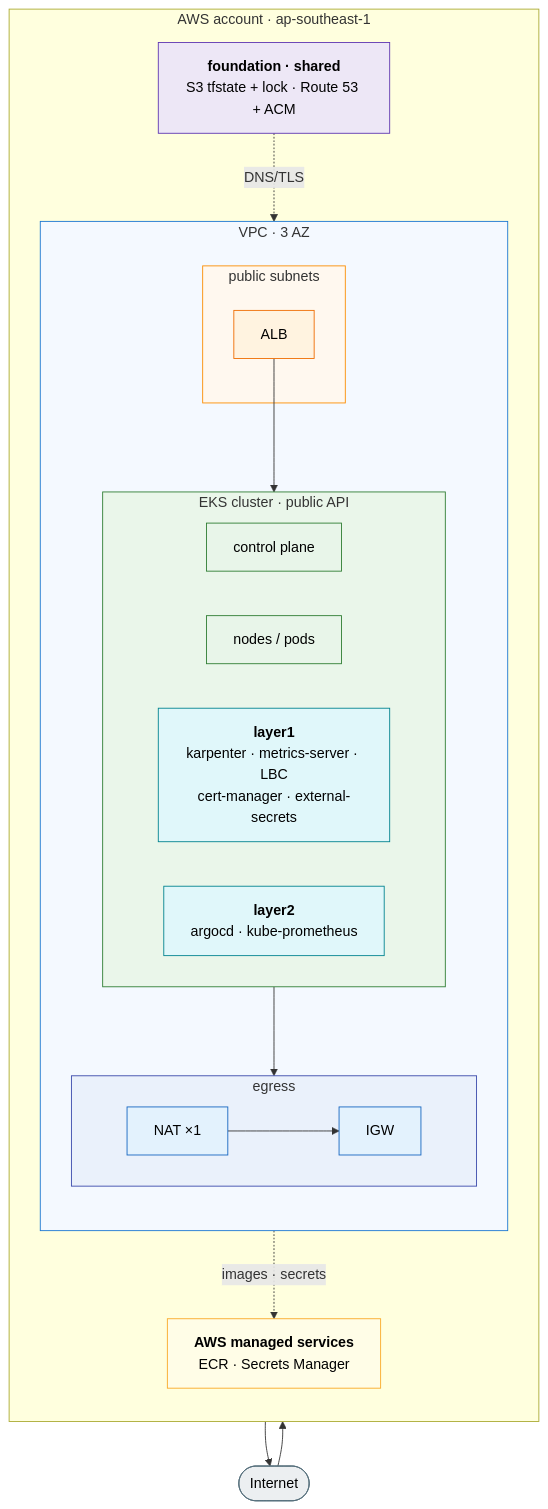
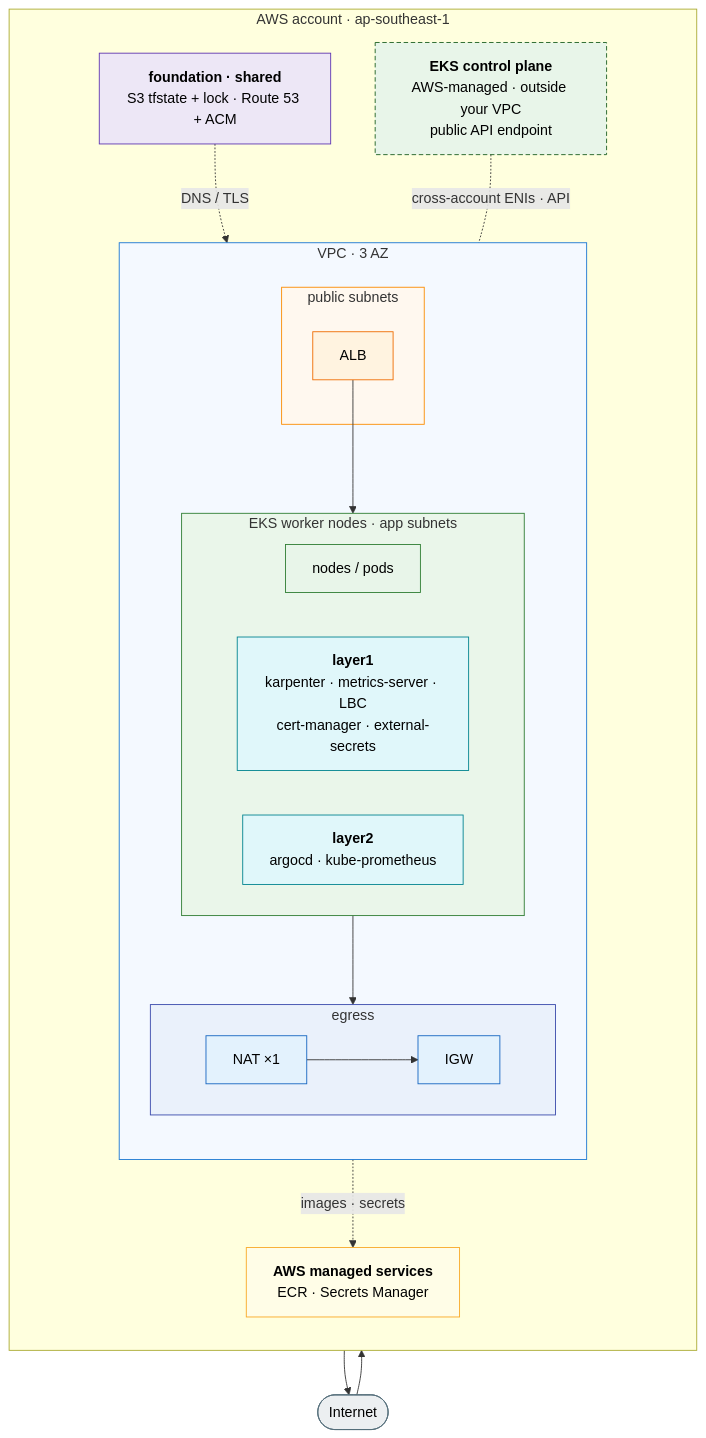
The first of 3 diagrams in eks/docs/ARCHITECTURE.md (trongnvv/aws-iac), drawn with Mermaid before and after one commit. The commit also changed other lines of this file, not shown here.

````diff
--- a/eks/docs/ARCHITECTURE.md
+++ b/eks/docs/ARCHITECTURE.md
@@ -19,43 +25,45 @@
 ```mermaid
 flowchart TB
   internet([Internet]):::ext
   subgraph acct["AWS account · ap-southeast-1"]
     direction TB
     found["<b>foundation · shared</b><br/>S3 tfstate + lock · Route 53 + ACM"]:::fnd
+    cpane["<b>EKS control plane</b><br/>AWS-managed · outside your VPC<br/>public API endpoint"]:::mgmt
     subgraph vpc["VPC · 3 AZ"]
       direction TB
       subgraph ingress["public subnets"]
         alb["ALB"]:::edge
       end
-      subgraph eks["EKS cluster · public API"]
+      subgraph eks["EKS worker nodes · app subnets"]
         direction LR
-        cp["control plane"]:::eks
         nodes["nodes / pods"]:::eks
         l1["<b>layer1</b><br/>karpenter · metrics-server · LBC<br/>cert-manager · external-secrets"]:::add
         l2["<b>layer2</b><br/>argocd · kube-prometheus"]:::add
       end
       subgraph egr["egress"]
         direction LR
         nat["NAT ×1"]:::net --> igw["IGW"]:::net
       end
     end
     svc["<b>AWS managed services</b><br/>ECR · Secrets Manager"]:::svc
   end
   internet --> alb --> nodes
-  found -. DNS/TLS .-> alb
+  found -. DNS / TLS .-> alb
+  cpane -. cross-account ENIs · API .- nodes
   nodes --> nat
   igw --> internet
   nodes -. images · secrets .-> svc
 
   classDef ext fill:#eceff1,stroke:#546e7a,color:#000
   classDef fnd fill:#ede7f6,stroke:#5e35b1,color:#000
+  classDef mgmt fill:#e8f5e9,stroke:#1b5e20,stroke-dasharray:5 3,color:#000
   classDef net fill:#e3f2fd,stroke:#1565c0,color:#000
   classDef edge fill:#fff3e0,stroke:#ef6c00,color:#000
   classDef eks fill:#e8f5e9,stroke:#2e7d32,color:#000
   classDef add fill:#e0f7fa,stroke:#00838f,color:#000
   classDef svc fill:#fffde7,stroke:#f9a825,color:#000
   style vpc fill:#f4f9ff,stroke:#1976d2
   style ingress fill:#fff8ef,stroke:#fb8c00
   style egr fill:#eaf1fb,stroke:#3949ab
   style eks fill:#eaf6ea,stroke:#2e7d32
 ```
````
